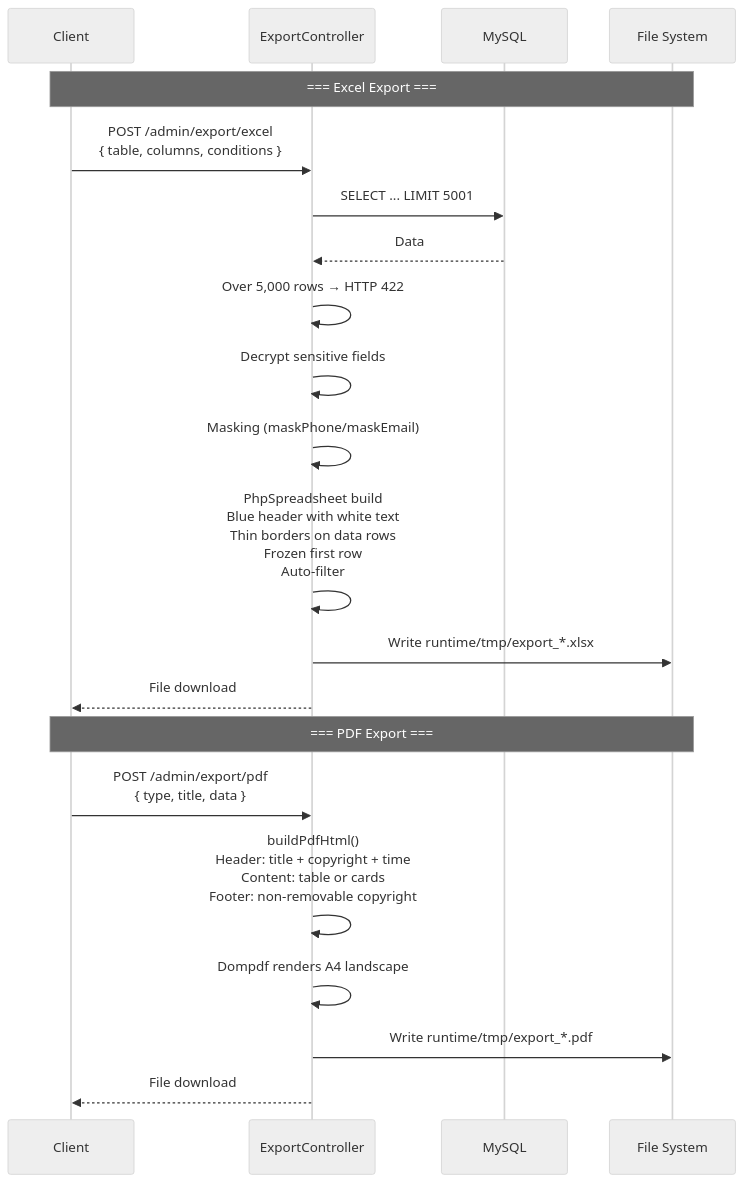
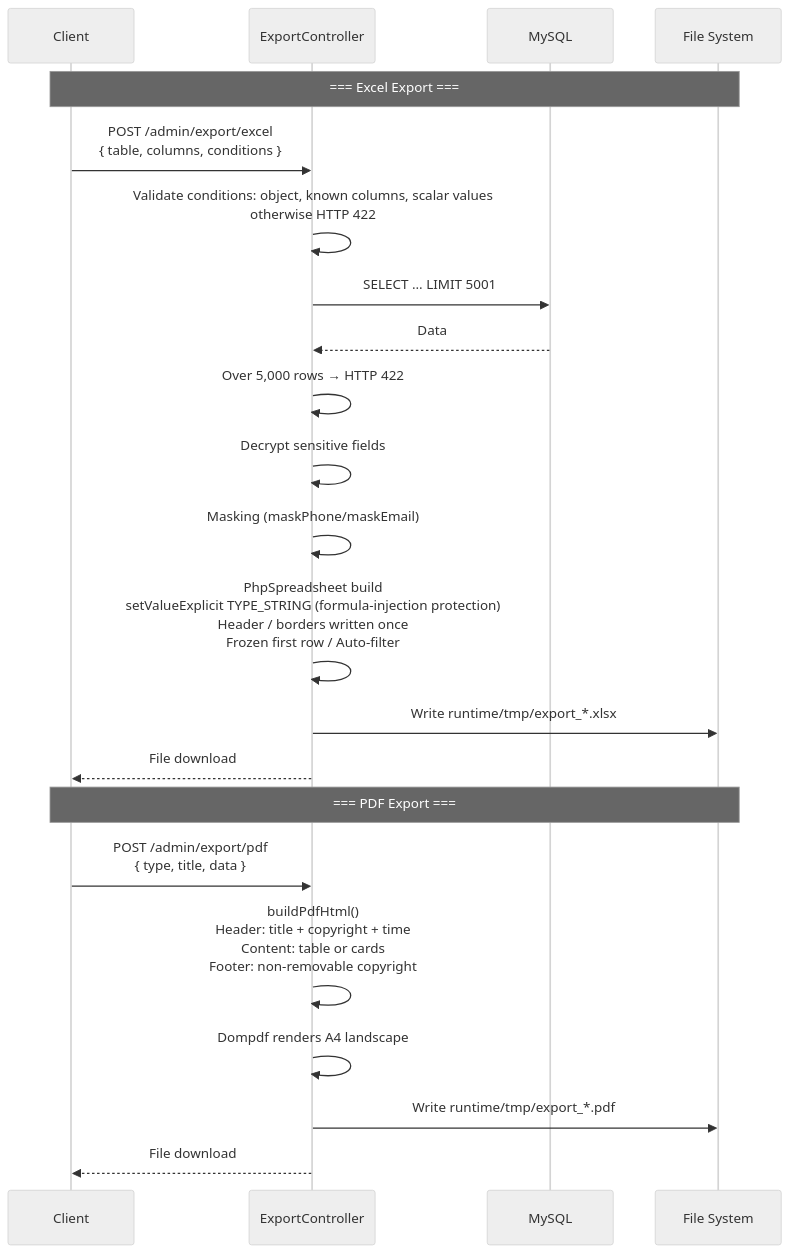
One commit to erikwang2013/open-admin changed the tenth of 14 diagrams in docs/ARCHITECTURE.en.md. Above: the diagram before and after it, drawn with Mermaid (neutral theme). The commit also changed other lines of this file and 62 other files, not shown here.

````diff
--- a/docs/ARCHITECTURE.en.md
+++ b/docs/ARCHITECTURE.en.md
@@ -511,25 +524,26 @@
 ```mermaid
 sequenceDiagram
     participant C as Client
     participant CTL as ExportController
     participant DB as MySQL
     participant FS as File System
 
     Note over C,FS: === Excel Export ===
     C->>CTL: POST /admin/export/excel<br/>{ table, columns, conditions }
+    CTL->>CTL: Validate conditions: object, known columns, scalar values<br/>otherwise HTTP 422
     CTL->>DB: SELECT ... LIMIT 5001
     DB-->>CTL: Data
     CTL->>CTL: Over 5,000 rows → HTTP 422
     CTL->>CTL: Decrypt sensitive fields
     CTL->>CTL: Masking (maskPhone/maskEmail)
-    CTL->>CTL: PhpSpreadsheet build<br/>Blue header with white text<br/>Thin borders on data rows<br/>Frozen first row<br/>Auto-filter
+    CTL->>CTL: PhpSpreadsheet build<br/>setValueExplicit TYPE_STRING (formula-injection protection)<br/>Header / borders written once<br/>Frozen first row / Auto-filter
     CTL->>FS: Write runtime/tmp/export_*.xlsx
     CTL-->>C: File download
 
     Note over C,FS: === PDF Export ===
     C->>CTL: POST /admin/export/pdf<br/>{ type, title, data }
     CTL->>CTL: buildPdfHtml()<br/>Header: title + copyright + time<br/>Content: table or cards<br/>Footer: non-removable copyright
     CTL->>CTL: Dompdf renders A4 landscape
     CTL->>FS: Write runtime/tmp/export_*.pdf
     CTL-->>C: File download
 ```
````
